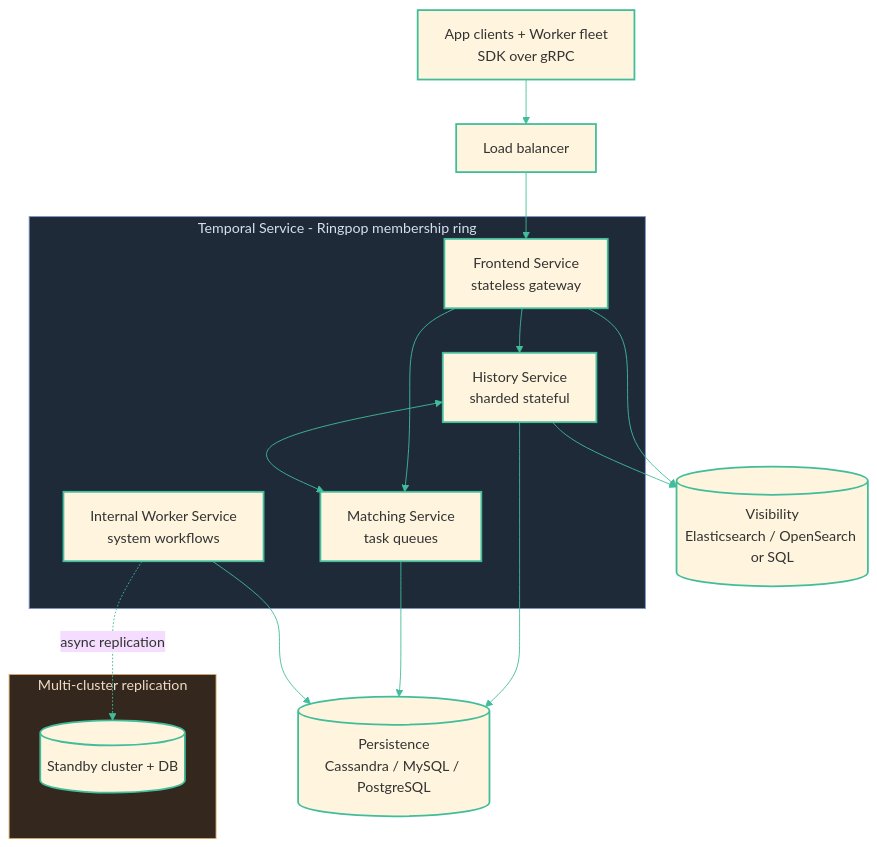
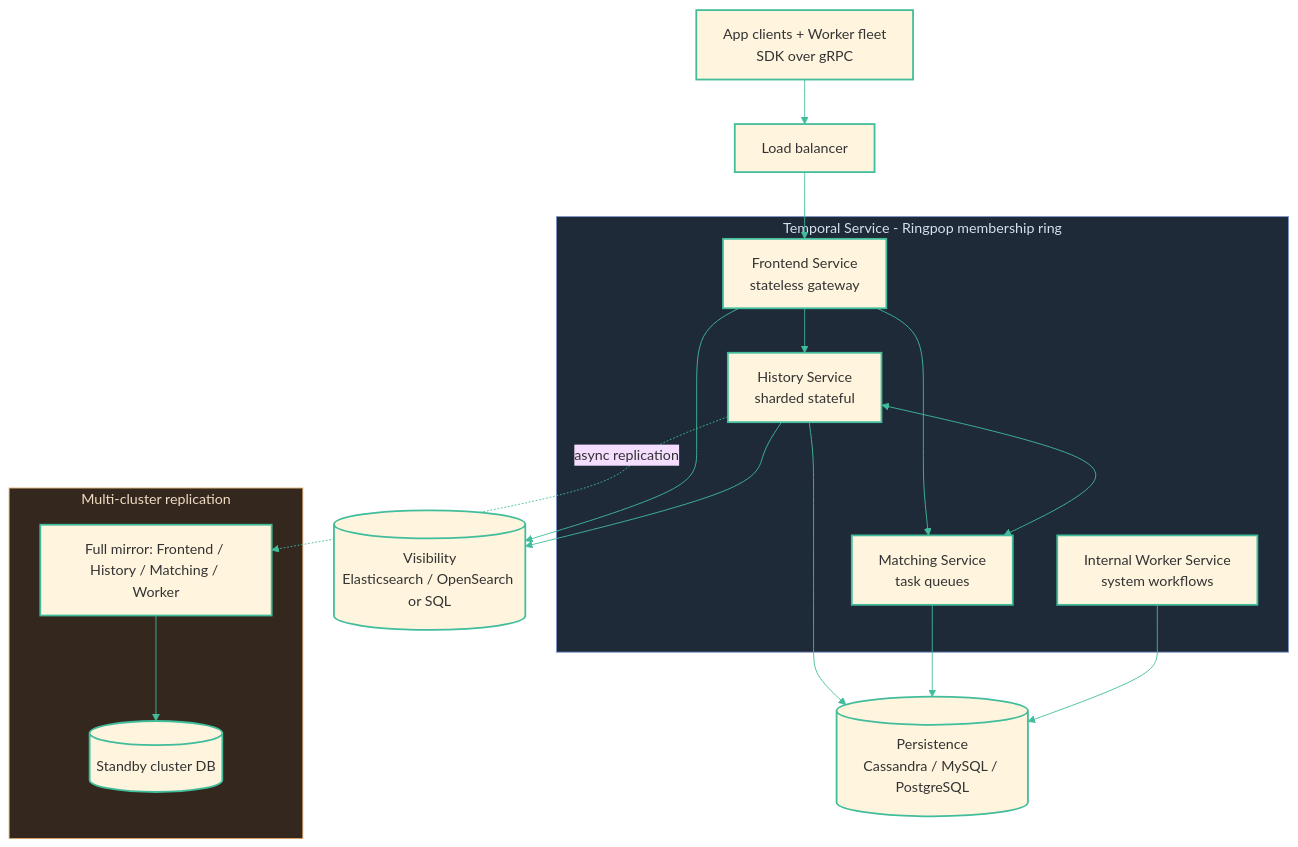
One commit to diagrid-labs/durable-execution-battle changed the diagram in slides/03-hosting-production/03-prod-temporal.md. Above: the diagram before and after it, drawn with Mermaid (base theme). The commit also changed 12 other files, not shown here.

````diff
--- a/slides/03-hosting-production/03-prod-temporal.md
+++ b/slides/03-hosting-production/03-prod-temporal.md
@@ -3,29 +3,29 @@
 ```mermaid
 graph TD
   Clients["App clients + Worker fleet<br/>SDK over gRPC"]
   LB[Load balancer]
   Clients --> LB
   subgraph Cluster[Temporal Service - Ringpop membership ring]
     FE["Frontend Service<br/>stateless gateway"]
     HIST["History Service<br/>sharded stateful"]
     MATCH["Matching Service<br/>task queues"]
     IWRK["Internal Worker Service<br/>system workflows"]
     FE --> HIST
     FE --> MATCH
     HIST <--> MATCH
   end
   LB --> FE
   HIST --> DB[("Persistence<br/>Cassandra / MySQL / PostgreSQL")]
   MATCH --> DB
   IWRK --> DB
   FE --> VIS[("Visibility<br/>Elasticsearch / OpenSearch or SQL")]
   HIST --> VIS
   subgraph DR[Multi-cluster replication]
-    DB2[(Standby cluster + DB)]
+    mirror2["Full mirror: Frontend / History / Matching / Worker"] --> DB2[(Standby cluster DB)]
   end
-  IWRK -.async replication.-> DB2
+  HIST -.async replication.-> mirror2
   classDef default stroke:#41bd9b,stroke-width:2px
   linkStyle default stroke:#41bd9b,stroke-width:1px
   style Cluster fill:#1e2a38,stroke:#7c93c7,stroke-width:1px,color:#d6def0
   style DR fill:#33271e,stroke:#d9a86b,stroke-width:1px,color:#f0dcc4
 ```
````
